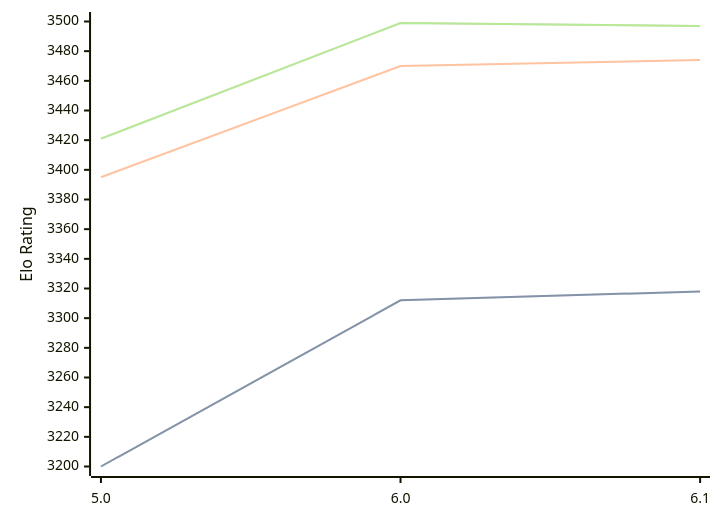
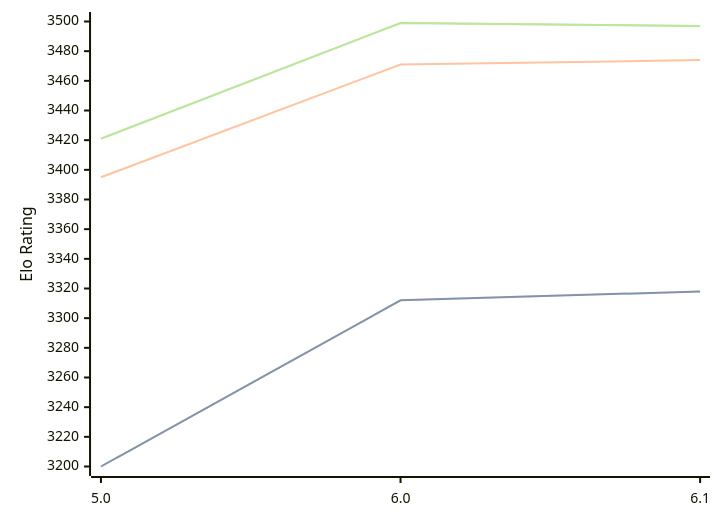
Before and after one commit to computer-chess-index/cci: the diagram in engines/Starzix.md, drawn with Mermaid. The commit also changed other lines of this file, not shown here.

````diff
--- a/engines/Starzix.md
+++ b/engines/Starzix.md
@@ -37,11 +37,11 @@
 ```mermaid
 %%{init: {"theme":"base","themeVariables":{"seriesColors:['#a3a3a3','#222221','#faa371']}}}%%
 xychart-beta
   x-axis ["5.0", "6.0", "6.1"]
   y-axis "Elo Rating" 3200 --> 3500
   line "STC (8.0+0.08s)" [3200, 3312, 3318]
   line "STC (8.0+0.08s)" [3200, 3312, 3318]
-  line "LTC (60.0+0.60s)" [3395, 3470, 3474]
+  line "LTC (60.0+0.60s)" [3395, 3471, 3474]
   line "VLTC (2m24s+1.12s)" [3421, 3499, 3497]
   line "VLTC (2m24s+1.12s)" [3421, 3499, 3497]
 ```
````
